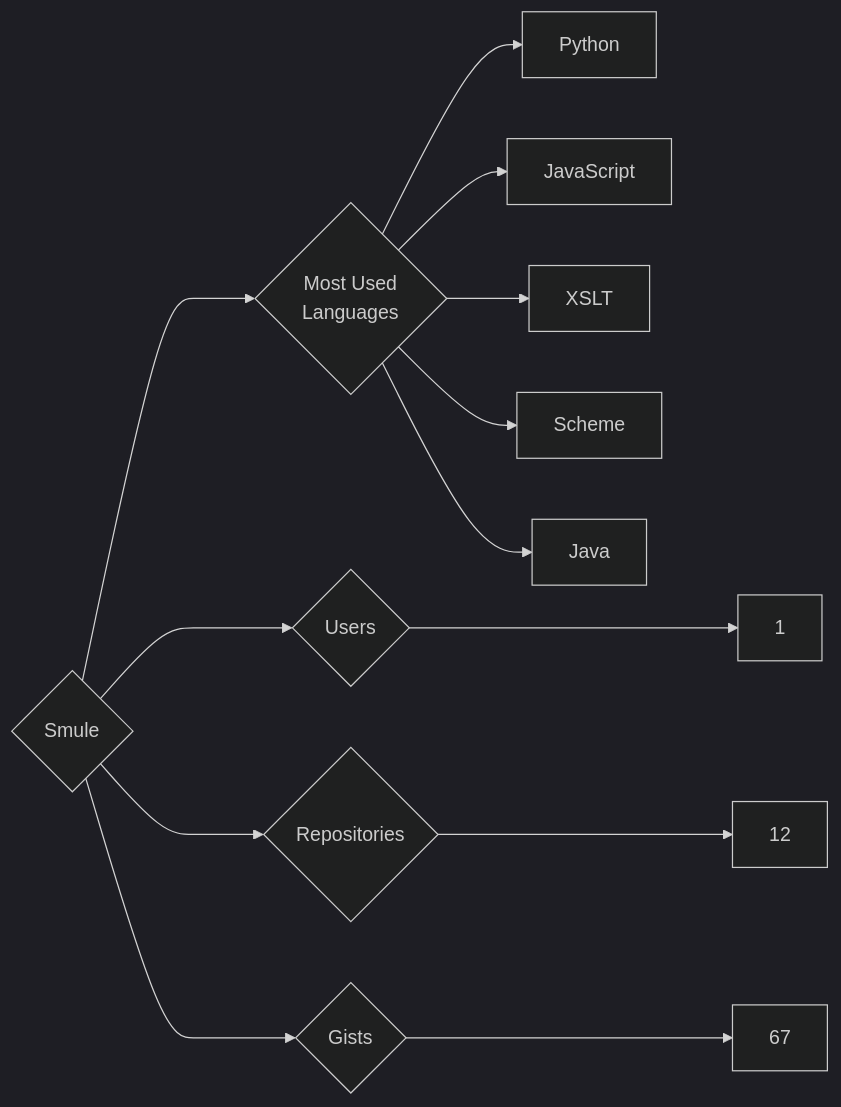
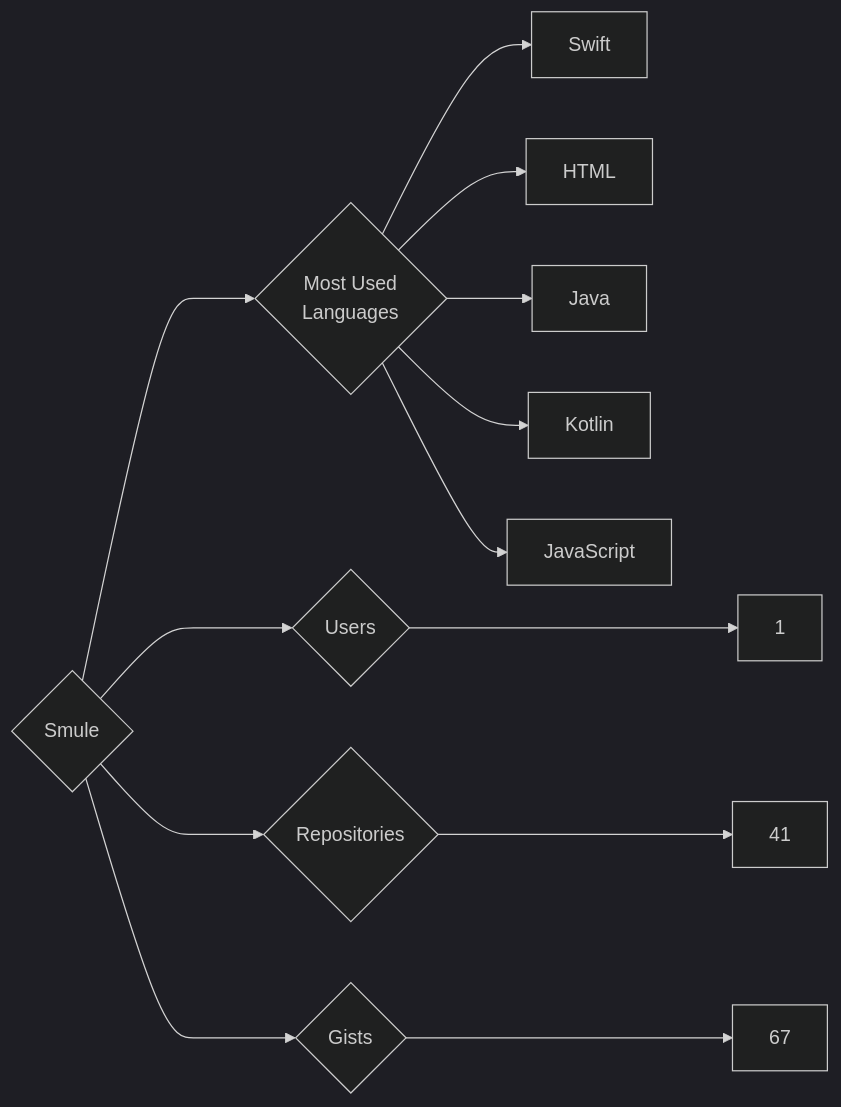
Before and after one commit to trickest/insiders: the diagram in targets/Smule/README.md, drawn with Mermaid (dark theme). The commit also changed 955 other files, not shown here.

````diff
--- a/targets/Smule/README.md
+++ b/targets/Smule/README.md
@@ -3,13 +3,13 @@
 ```mermaid
 graph LR
 COMPANY_NAME{Smule}
 COMPANY_NAME ---> U{Users} ---> UN[1]
-COMPANY_NAME ---> R{Repositories} ---> RN[12]
+COMPANY_NAME ---> R{Repositories} ---> RN[41]
 COMPANY_NAME ---> G{Gists} ---> GN[67]
 COMPANY_NAME ---> ML{Most Used<br>Languages}
-ML --> Python[Python]
+ML --> Swift[Swift]
+ML --> HTML[HTML]
+ML --> Java[Java]
+ML --> Kotlin[Kotlin]
 ML --> JavaScript[JavaScript]
-ML --> XSLT[XSLT]
-ML --> Scheme[Scheme]
-ML --> Java[Java]
 ```
````
